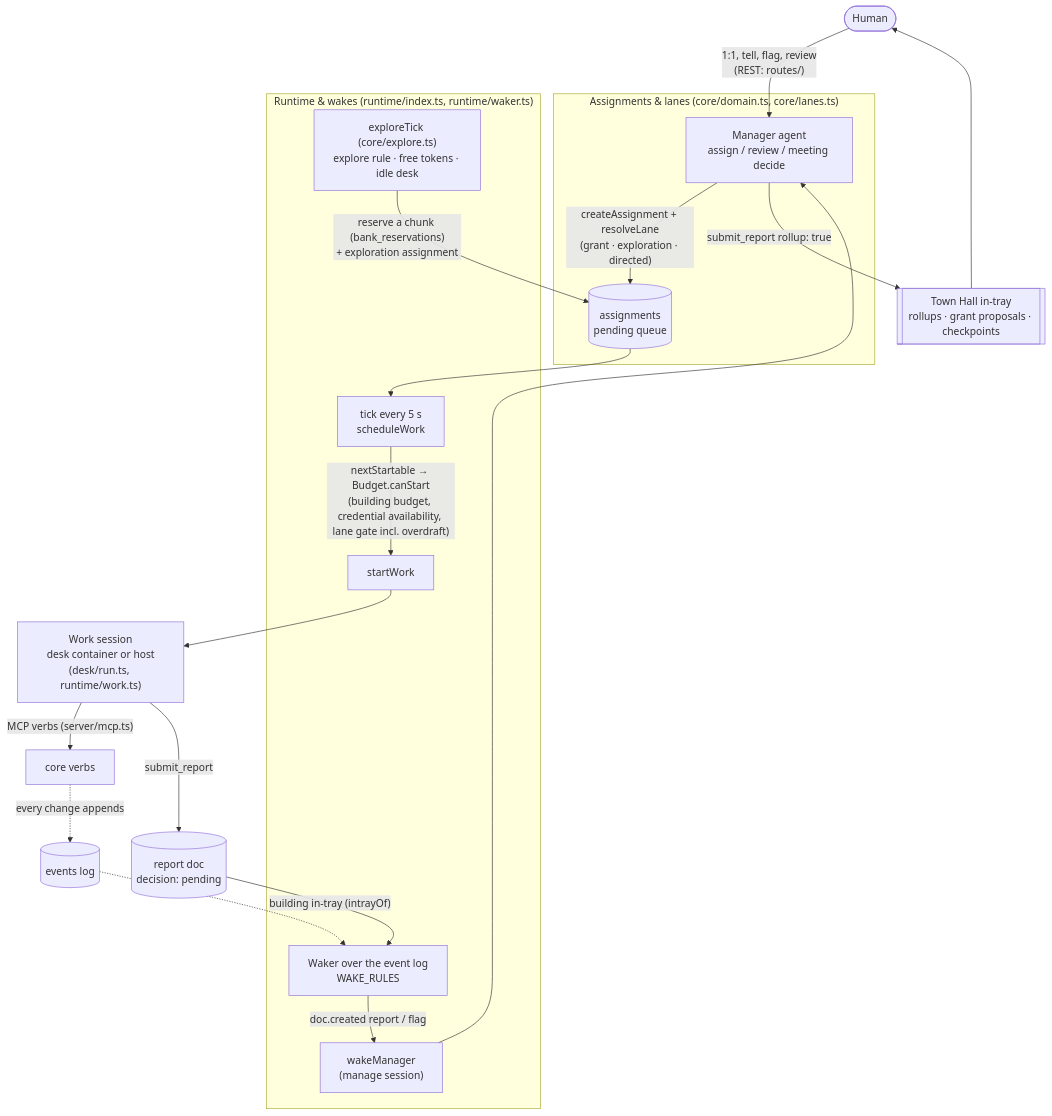
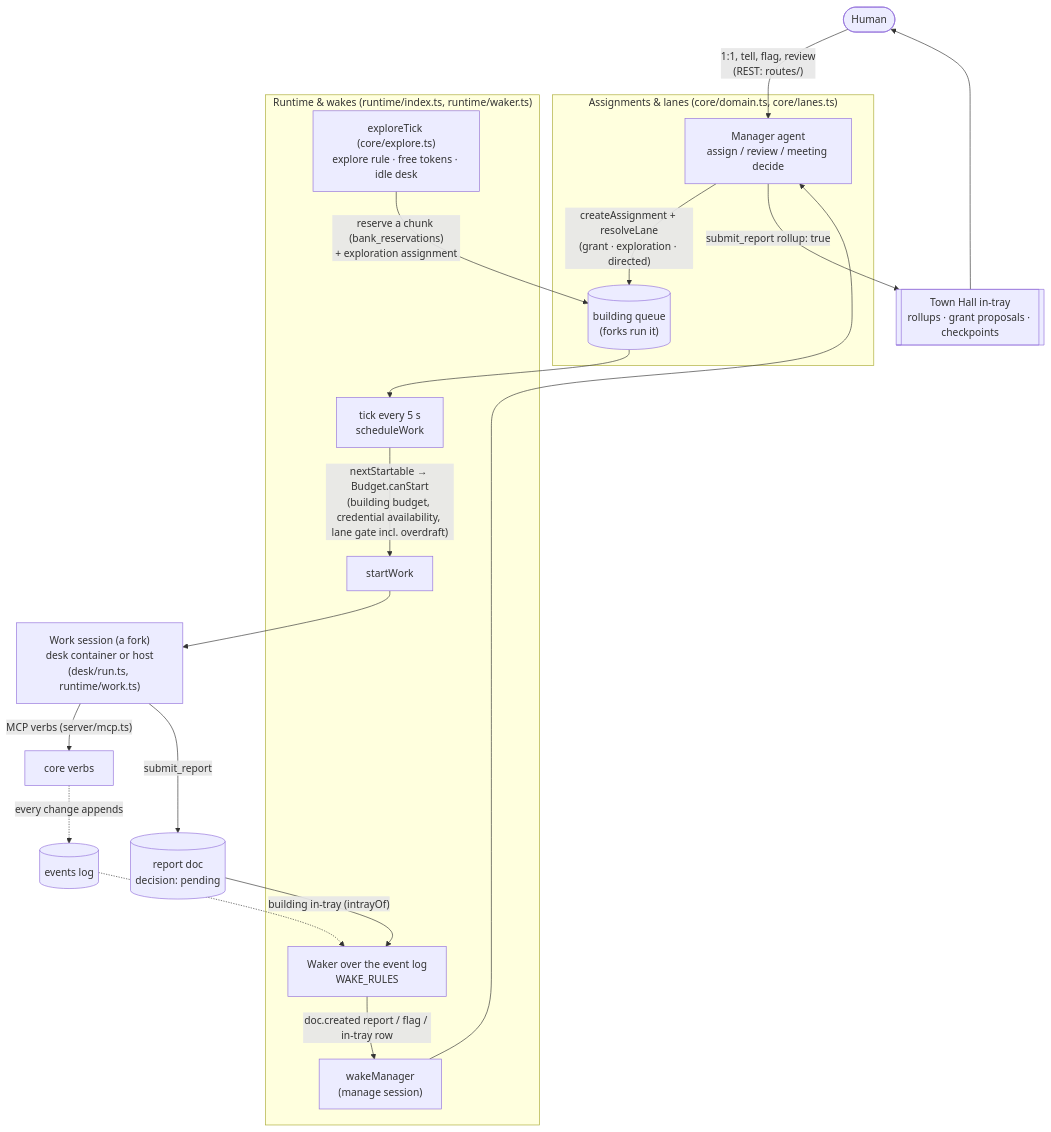
The first of 2 diagrams in docs/architecture.md (mitchellgordon95/muster-town), drawn with Mermaid before and after one commit. The commit also changed other lines of this file and 13 other files, not shown here.

First line of the commit message:
Work routing step 3: docs and prompt text match building-addressed work

````diff
--- a/docs/architecture.md
+++ b/docs/architecture.md
@@ -31,22 +31,22 @@
 ```mermaid
 flowchart TD
   human([Human]) -->|"1:1, tell, flag, review<br/>(REST: routes/)"| mgr
   subgraph assign["Assignments & lanes (core/domain.ts, core/lanes.ts)"]
-    mgr["Manager agent<br/>assign / review / meeting decide"] -->|"createAssignment + resolveLane<br/>(grant · exploration · directed)"| queue[("assignments<br/>pending queue")]
+    mgr["Manager agent<br/>assign / review / meeting decide"] -->|"createAssignment + resolveLane<br/>(grant · exploration · directed)"| queue[("building queue<br/>(forks run it)")]
   end
   subgraph rt["Runtime & wakes (runtime/index.ts, runtime/waker.ts)"]
     tick["tick every 5 s<br/>scheduleWork"] -->|"nextStartable → Budget.canStart<br/>(building budget, credential availability, lane gate incl. overdraft)"| start["startWork"]
     explore["exploreTick (core/explore.ts)<br/>explore rule · free tokens · idle desk"] -->|"reserve a chunk (bank_reservations)<br/>+ exploration assignment"| queue
-    waker["Waker over the event log<br/>WAKE_RULES"] -->|"doc.created report / flag"| wm["wakeManager<br/>(manage session)"]
+    waker["Waker over the event log<br/>WAKE_RULES"] -->|"doc.created report / flag / in-tray row"| wm["wakeManager<br/>(manage session)"]
   end
   queue --> tick
-  start --> session["Work session<br/>desk container or host<br/>(desk/run.ts, runtime/work.ts)"]
+  start --> session["Work session (a fork)<br/>desk container or host<br/>(desk/run.ts, runtime/work.ts)"]
   session -->|"MCP verbs (server/mcp.ts)"| verbs["core verbs"]
   session -->|"submit_report"| report[("report doc<br/>decision: pending")]
   report -->|"building in-tray (intrayOf)"| waker
   wm --> mgr
   mgr -->|"submit_report rollup: true"| townhall[["Town Hall in-tray<br/>rollups · grant proposals · checkpoints"]]
   townhall --> human
   verbs -.->|"every change appends"| events[("events log")]
   events -.-> waker
 ```
````
